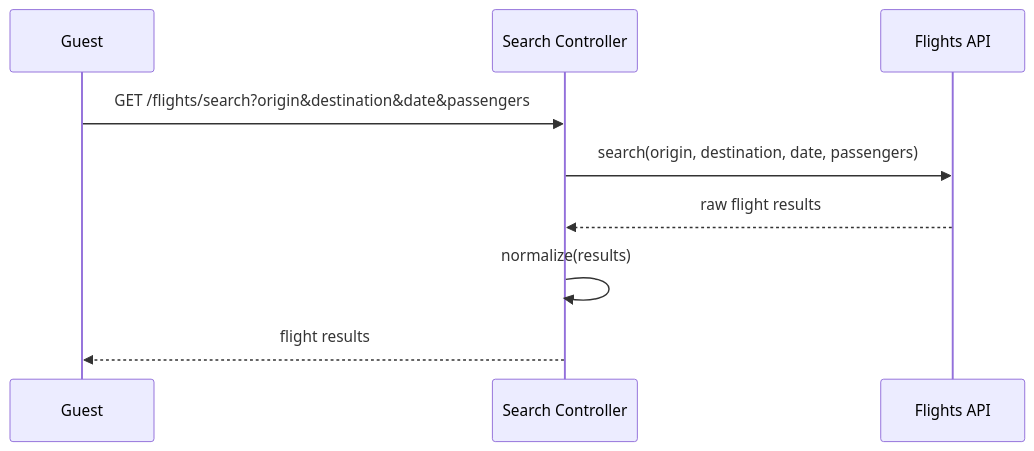
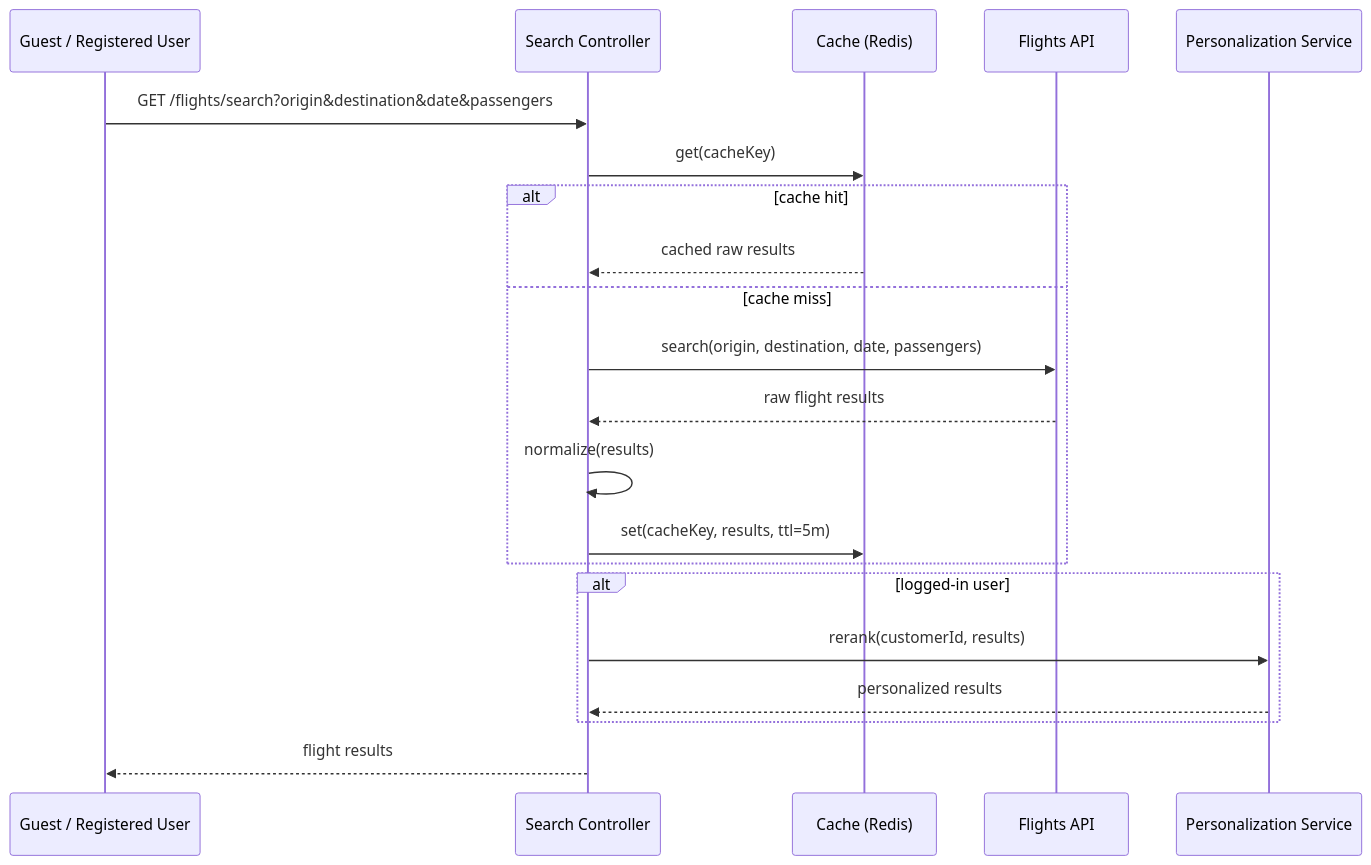
Before and after one commit to Backend-Mentor-ORG/booking: the second of 3 diagrams in diagrams/UC-03-search-flights.md, drawn with Mermaid. The commit also changed other lines of this file and 4 other files, not shown here.

Commit message:
Enhance caching strategy for Flights and Hotels API, update use case diagrams and pseudocode for improved performance and personalization

````diff
--- a/diagrams/UC-03-search-flights.md
+++ b/diagrams/UC-03-search-flights.md
@@ -17,12 +27,24 @@
 ```mermaid
 sequenceDiagram
-  participant G as Guest
+  participant U as Guest / Registered User
   participant API as Search Controller
+  participant Cache as Cache (Redis)
   participant Ext as Flights API
+  participant P as Personalization Service
 
-  G->>API: GET /flights/search?origin&destination&date&passengers
-  API->>Ext: search(origin, destination, date, passengers)
-  Ext-->>API: raw flight results
-  API->>API: normalize(results)
-  API-->>G: flight results
+  U->>API: GET /flights/search?origin&destination&date&passengers
+  API->>Cache: get(cacheKey)
+  alt cache hit
+    Cache-->>API: cached raw results
+  else cache miss
+    API->>Ext: search(origin, destination, date, passengers)
+    Ext-->>API: raw flight results
+    API->>API: normalize(results)
+    API->>Cache: set(cacheKey, results, ttl=5m)
+  end
+  alt logged-in user
+    API->>P: rerank(customerId, results)
+    P-->>API: personalized results
+  end
+  API-->>U: flight results
 ```
````
